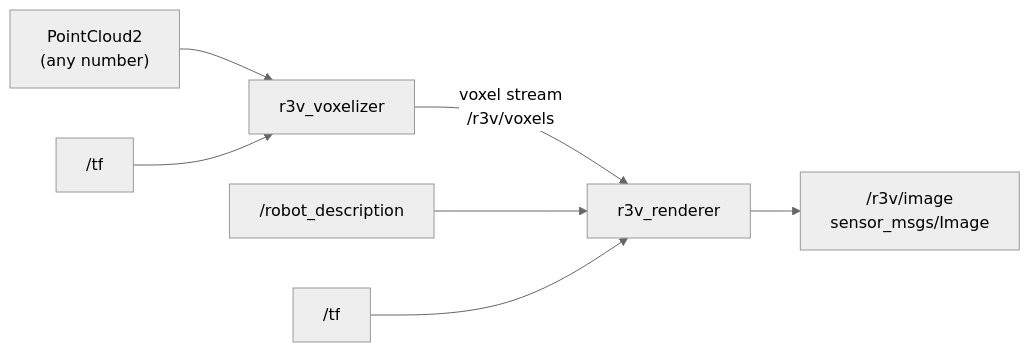
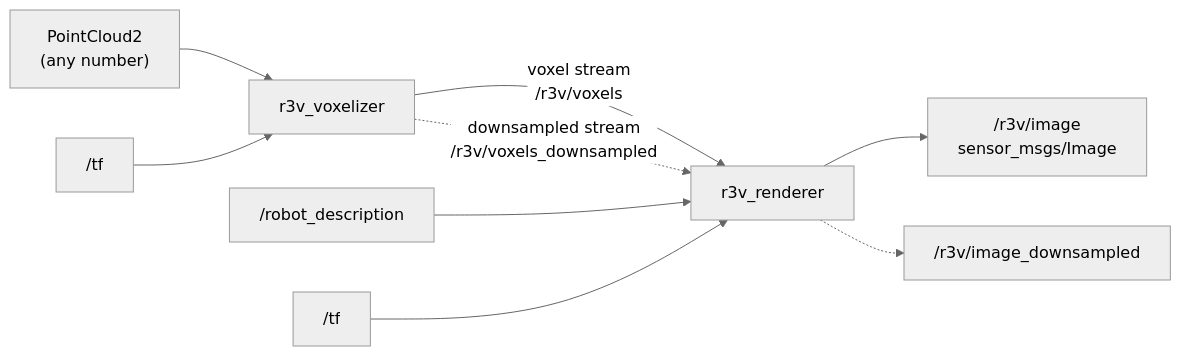
Before and after one commit to igorosky/r3v-ros: the diagram in README.md, drawn with Mermaid (neutral theme). The commit also changed other lines of this file and 17 other files, not shown here.

````diff
--- a/README.md
+++ b/README.md
@@ -25,9 +25,11 @@
 ```mermaid
 flowchart LR
     PC["PointCloud2<br>(any number)"] --> VX[r3v_voxelizer]
     TF1["/tf"] --> VX
     VX -- "voxel stream<br>/r3v/voxels" --> RN[r3v_renderer]
+    VX -. "downsampled stream<br>/r3v/voxels_downsampled" .-> RN
     RD["/robot_description"] --> RN
     TF2["/tf"] --> RN
     RN --> IMG["/r3v/image<br>sensor_msgs/Image"]
+    RN -.-> IMGD["/r3v/image_downsampled"]
 ```
````
